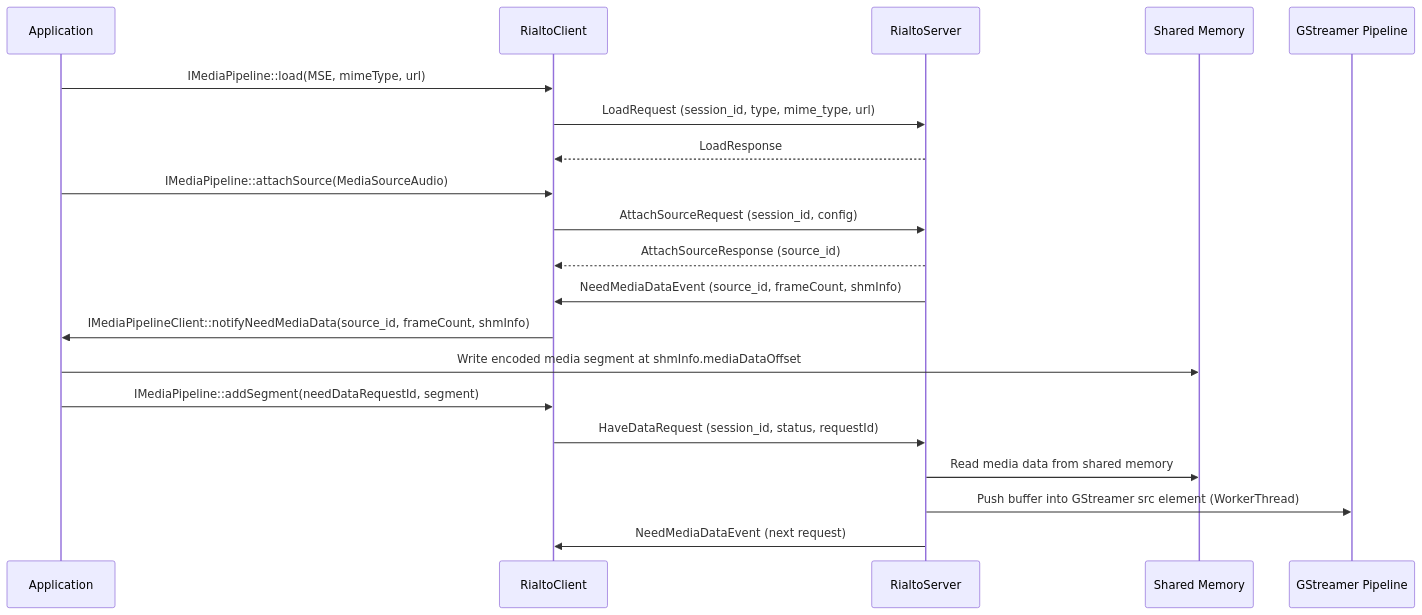
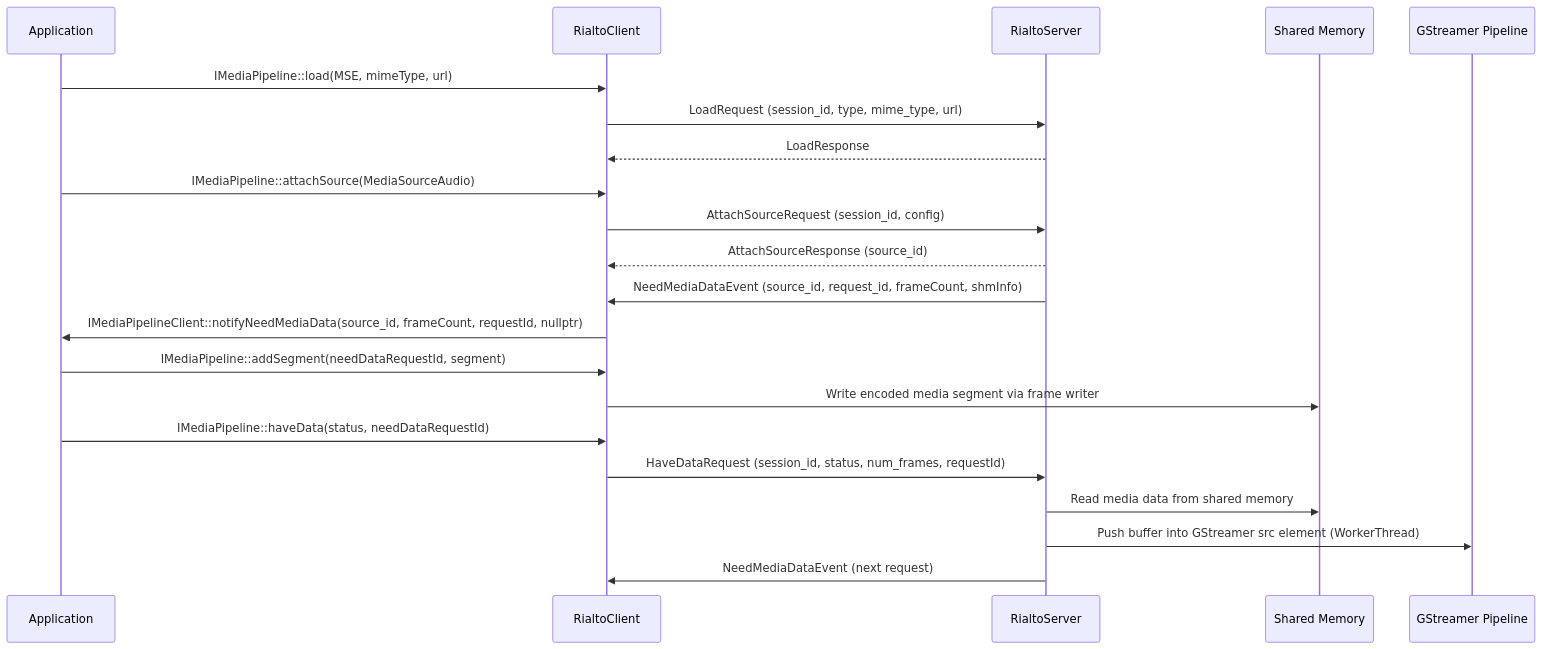
Before and after one commit to rdkcentral/rialto: the fifth of 7 diagrams in docs/README.md, drawn with Mermaid. The commit also changed other lines of this file, not shown here.

````diff
--- a/docs/README.md
+++ b/docs/README.md
@@ -235,23 +235,24 @@
 ```mermaid
 sequenceDiagram
     participant App as Application
     participant RC as RialtoClient
     participant RS as RialtoServer
     participant SHM as Shared Memory
     participant GST as GStreamer Pipeline
 
     App->>RC: IMediaPipeline::load(MSE, mimeType, url)
     RC->>RS: LoadRequest (session_id, type, mime_type, url)
     RS-->>RC: LoadResponse
     App->>RC: IMediaPipeline::attachSource(MediaSourceAudio)
     RC->>RS: AttachSourceRequest (session_id, config)
     RS-->>RC: AttachSourceResponse (source_id)
-    RS->>RC: NeedMediaDataEvent (source_id, frameCount, shmInfo)
-    RC->>App: IMediaPipelineClient::notifyNeedMediaData(source_id, frameCount, shmInfo)
-    App->>SHM: Write encoded media segment at shmInfo.mediaDataOffset
+    RS->>RC: NeedMediaDataEvent (source_id, request_id, frameCount, shmInfo)
+    RC->>App: IMediaPipelineClient::notifyNeedMediaData(source_id, frameCount, requestId, nullptr)
     App->>RC: IMediaPipeline::addSegment(needDataRequestId, segment)
-    RC->>RS: HaveDataRequest (session_id, status, requestId)
+    RC->>SHM: Write encoded media segment via frame writer
+    App->>RC: IMediaPipeline::haveData(status, needDataRequestId)
+    RC->>RS: HaveDataRequest (session_id, status, num_frames, requestId)
     RS->>SHM: Read media data from shared memory
     RS->>GST: Push buffer into GStreamer src element (WorkerThread)
     RS->>RC: NeedMediaDataEvent (next request)
 ```
````
